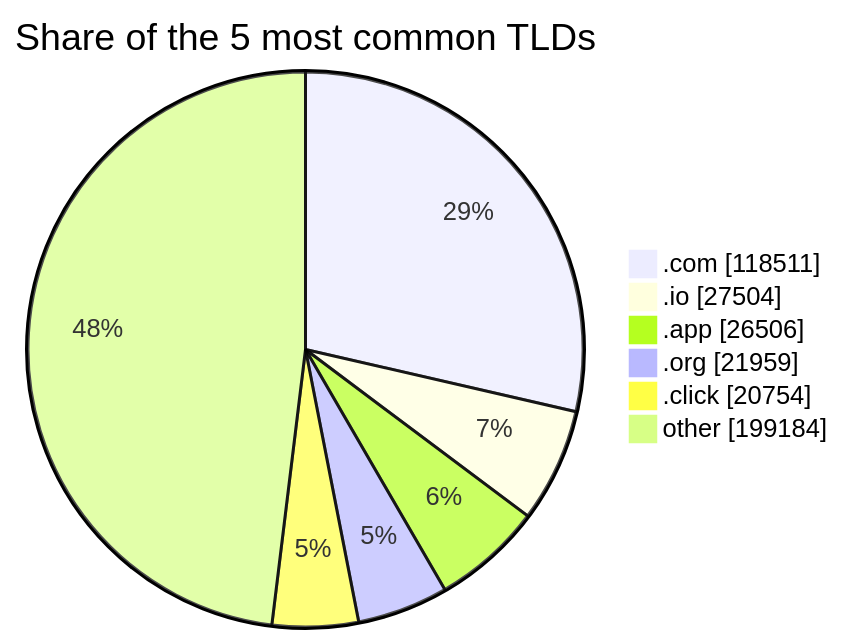
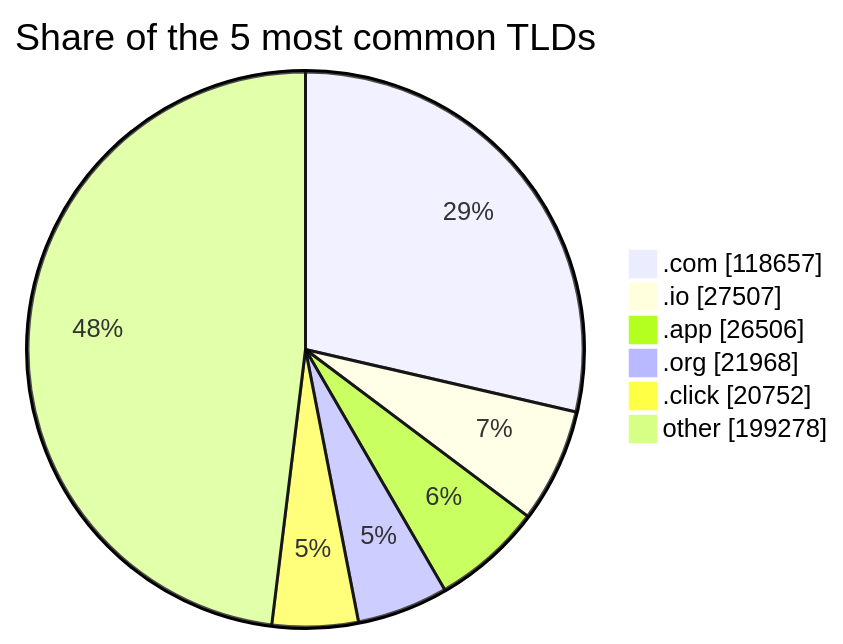
One commit to DNSBunker/CTI changed the third of 3 diagrams in README.md. Above: the diagram before and after it, drawn with Mermaid. The commit also changed other lines of this file and 3 other files, not shown here.

````diff
--- a/README.md
+++ b/README.md
@@ -81,9 +81,9 @@
 ```mermaid
 pie showData title Share of the 5 most common TLDs
-    ".com" : 118511
-    ".io" : 27504
+    ".com" : 118657
+    ".io" : 27507
     ".app" : 26506
-    ".org" : 21959
-    ".click" : 20754
-    "other" : 199184
+    ".org" : 21968
+    ".click" : 20752
+    "other" : 199278
 ```
````
